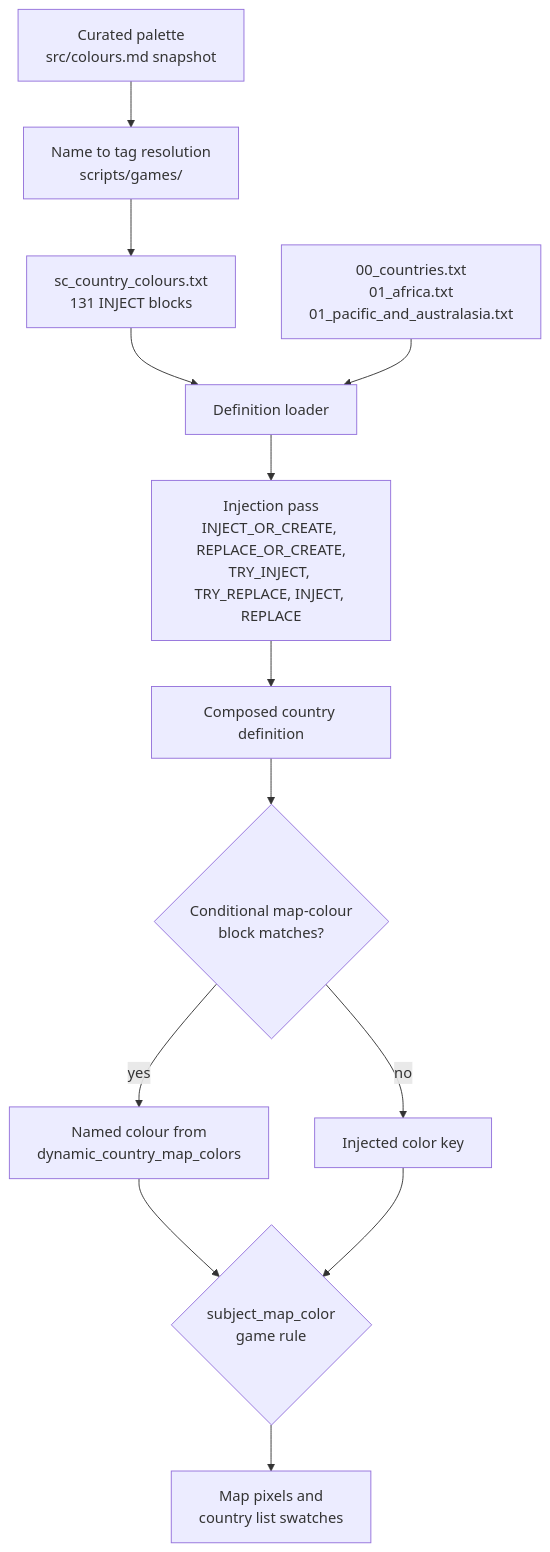
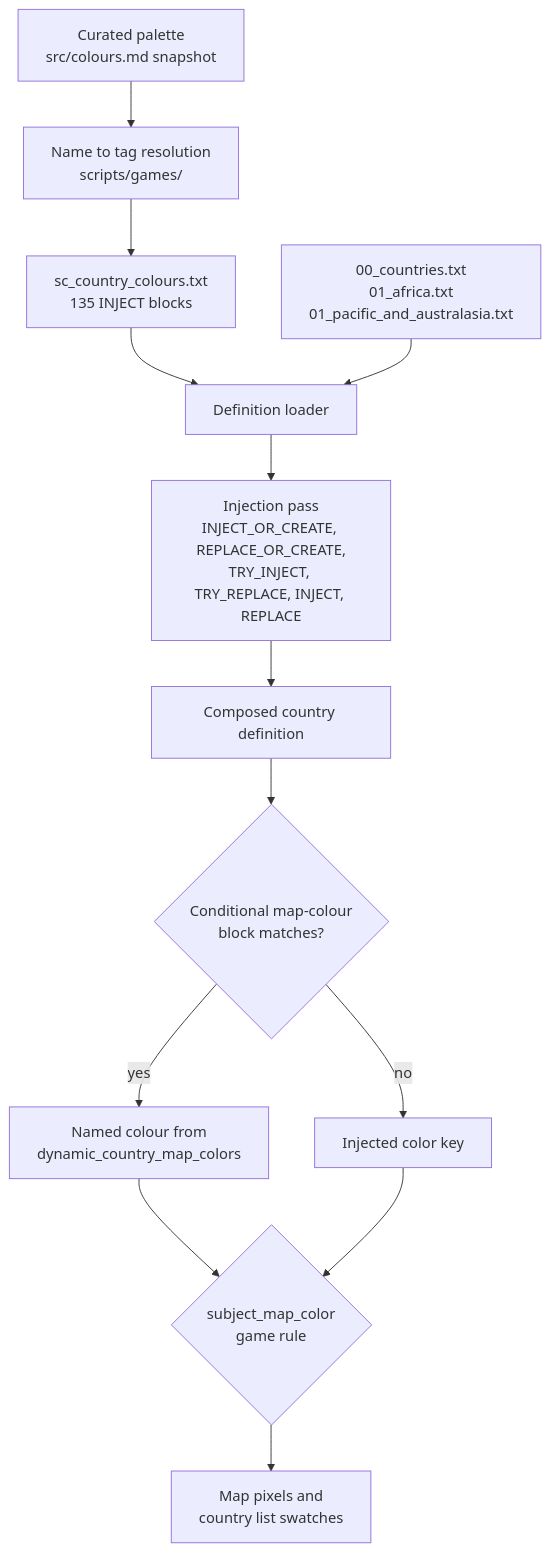
One commit to hmlendea/standardised-country-colours changed the first of 3 diagrams in docs/architecture.md. Above: the diagram before and after it, drawn with Mermaid. The commit also changed other lines of this file and 18 other files, not shown here.

Commit message:
dev: Added more country colours

````diff
--- a/docs/architecture.md
+++ b/docs/architecture.md
@@ -7,15 +7,15 @@
 ```mermaid
 flowchart TD
   Pal["Curated palette<br/>src/colours.md snapshot"] --> Map["Name to tag resolution<br/>scripts/games/<game>"]
-  Map --> File["sc_country_colours.txt<br/>131 INJECT blocks"]
+  Map --> File["sc_country_colours.txt<br/>135 INJECT blocks"]
   File --> Loader["Definition loader"]
   Vanilla["00_countries.txt<br/>01_africa.txt<br/>01_pacific_and_australasia.txt"] --> Loader
   Loader --> Pass["Injection pass<br/>INJECT_OR_CREATE, REPLACE_OR_CREATE,<br/>TRY_INJECT, TRY_REPLACE, INJECT, REPLACE"]
   Pass --> Def["Composed country definition"]
   Def --> Dyn{"Conditional map-colour<br/>block matches?"}
   Dyn -->|"yes"| Alt["Named colour from<br/>dynamic_country_map_colors"]
   Dyn -->|"no"| Base["Injected color key"]
   Alt --> Rule{"subject_map_color<br/>game rule"}
   Base --> Rule
   Rule --> Pixels["Map pixels and<br/>country list swatches"]
 ```
````
